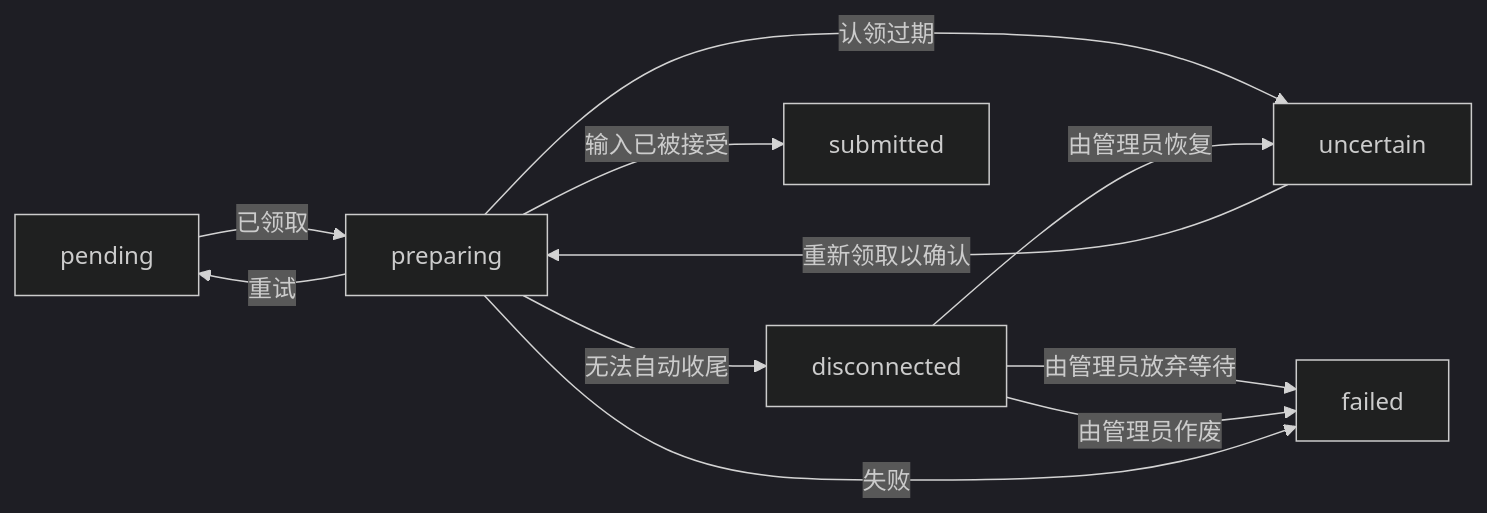
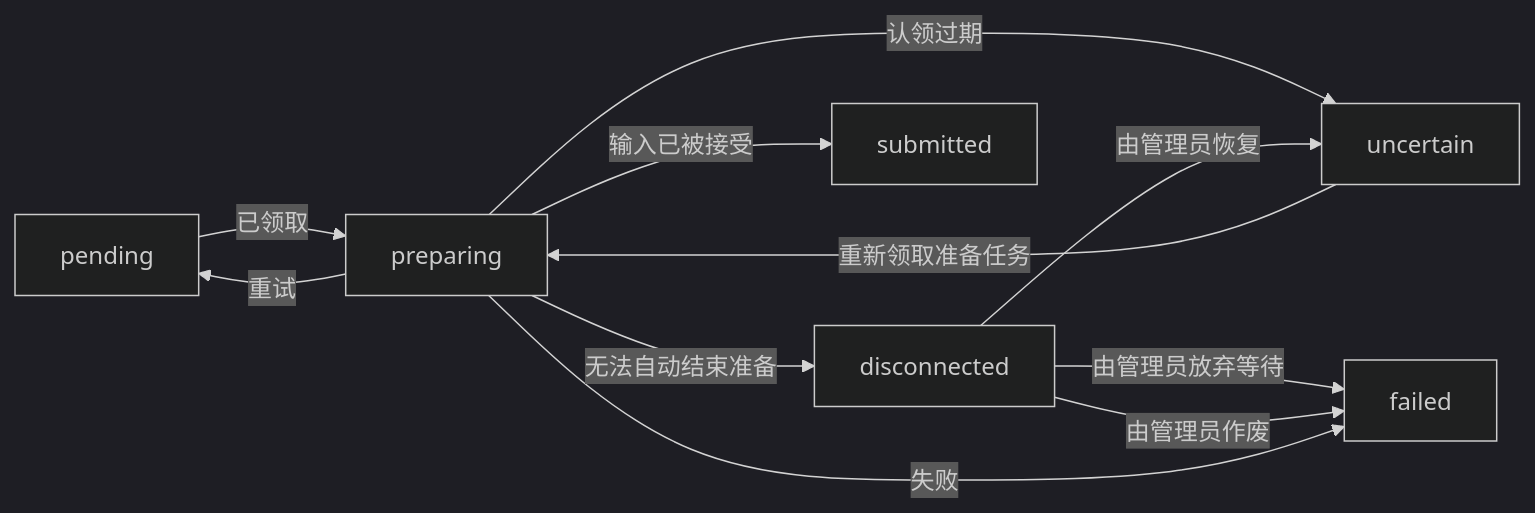
One commit to Agent-AI-Chalmers/sec-review-bot changed the first of 4 diagrams in contracts/review-runs-api/v1/STATE_MACHINES.zh.md. Above: the diagram before and after it, drawn with Mermaid (dark theme). The commit also changed other lines of this file and 5 other files, not shown here.

````diff
--- a/contracts/review-runs-api/v1/STATE_MACHINES.zh.md
+++ b/contracts/review-runs-api/v1/STATE_MACHINES.zh.md
@@ -15,19 +15,19 @@
 ```mermaid
 flowchart LR
   preparation_pending["pending"]
   preparation_preparing["preparing"]
   preparation_uncertain["uncertain"]
   preparation_disconnected["disconnected"]
   preparation_submitted["submitted"]
   preparation_failed["failed"]
   preparation_pending -->|"已领取"| preparation_preparing
   preparation_preparing -->|"输入已被接受"| preparation_submitted
   preparation_preparing -->|"重试"| preparation_pending
   preparation_preparing -->|"认领过期"| preparation_uncertain
-  preparation_uncertain -->|"重新领取以确认"| preparation_preparing
-  preparation_preparing -->|"无法自动收尾"| preparation_disconnected
+  preparation_uncertain -->|"重新领取准备任务"| preparation_preparing
+  preparation_preparing -->|"无法自动结束准备"| preparation_disconnected
   preparation_disconnected -->|"由管理员恢复"| preparation_uncertain
   preparation_disconnected -->|"由管理员放弃等待"| preparation_failed
   preparation_disconnected -->|"由管理员作废"| preparation_failed
   preparation_preparing -->|"失败"| preparation_failed
 ```
````
